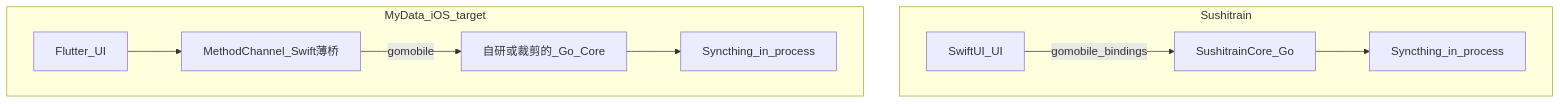
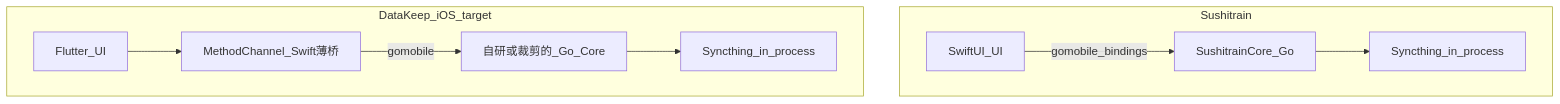
One commit to oldfeel/datakeep changed the second of 3 diagrams in docs/roadmap-preview-to-cloud.md. Above: the diagram before and after it, drawn with Mermaid. The commit also changed other lines of this file and 330 other files, not shown here.

First line of the commit message:
refactor: 将项目名称从 MyData 统一重命名为 DataKeep

````diff
--- a/docs/roadmap-preview-to-cloud.md
+++ b/docs/roadmap-preview-to-cloud.md
@@ -70,19 +70,19 @@
 ```mermaid
 flowchart TB
   subgraph sushitrain_arch [Sushitrain]
     SwiftUI[SwiftUI_UI]
     Core[SushitrainCore_Go]
     ST[Syncthing_in_process]
     SwiftUI -->|gomobile_bindings| Core
     Core --> ST
   end
-  subgraph mydata_ios [MyData_iOS_target]
+  subgraph datakeep_ios [DataKeep_iOS_target]
     Flutter[Flutter_UI]
     Channel[MethodChannel_Swift薄桥]
     MyCore[自研或裁剪的_Go_Core]
     ST2[Syncthing_in_process]
     Flutter --> Channel
     Channel -->|gomobile| MyCore
     MyCore --> ST2
   end
 ```
````
